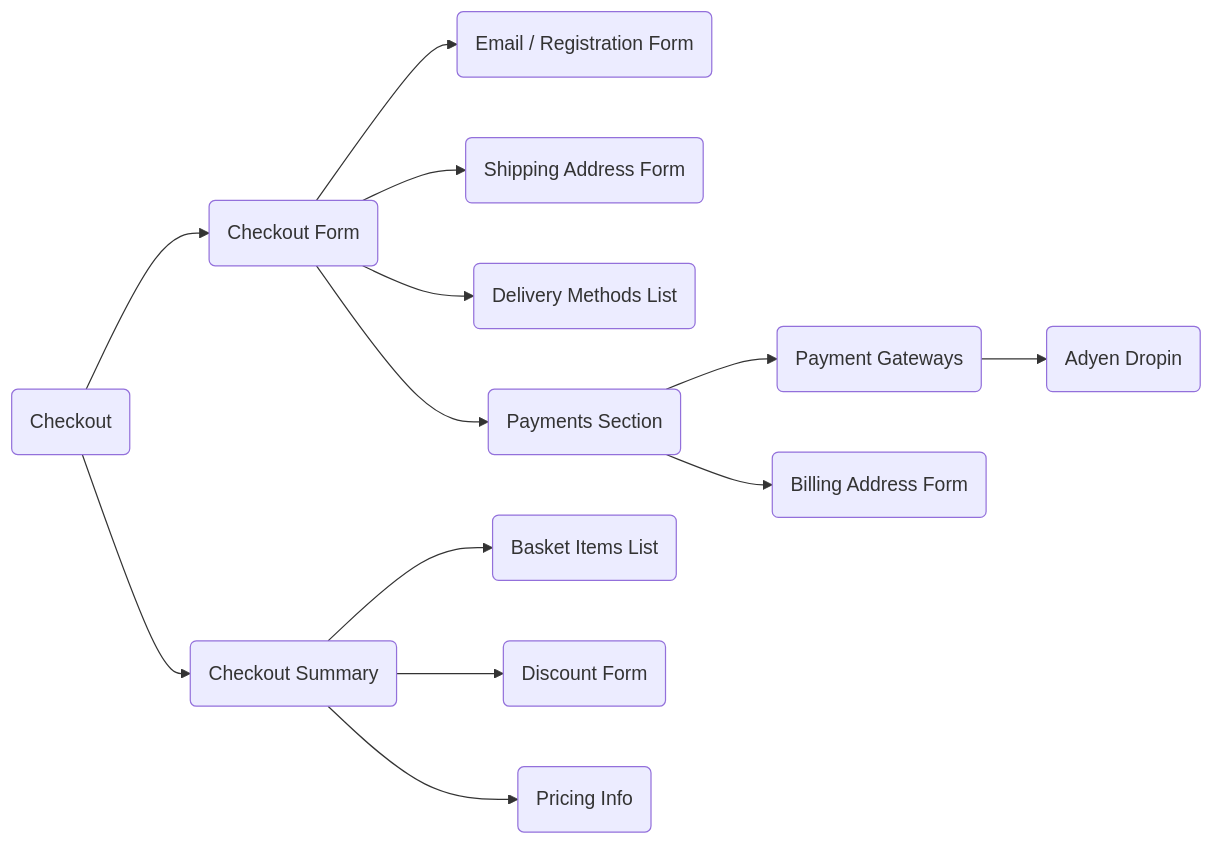
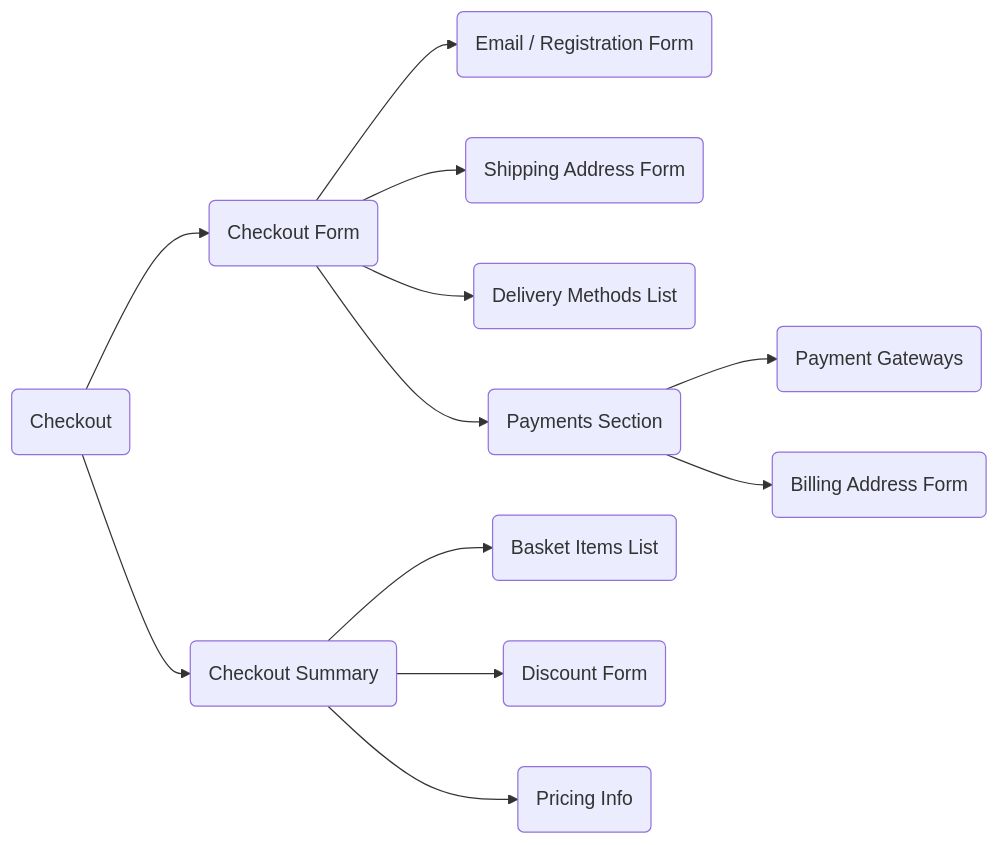
The second of 7 diagrams in packages/checkout-storefront/README.md (sks-saleor/saleor-app-checkout), drawn with Mermaid before and after one commit. The commit also changed other lines of this file and 92 other files, not shown here.

````diff
--- a/packages/checkout-storefront/README.md
+++ b/packages/checkout-storefront/README.md
@@ -61,16 +61,15 @@
 ```mermaid
 graph LR
     Z(Checkout) --> A(Checkout Form)
     A --> B(Email / Registration Form)
     A --> C(Shipping Address Form)
     A --> D(Delivery Methods List)
     A --> E(Payments Section)
     Z --> H(Checkout Summary)
     H --> K(Basket Items List)
     H --> L(Discount Form)
     H --> M(Pricing Info)
     E --> F(Payment Gateways)
-    F --> I(Adyen Dropin)
     E --> G(Billing Address Form)
 
 ```
````
